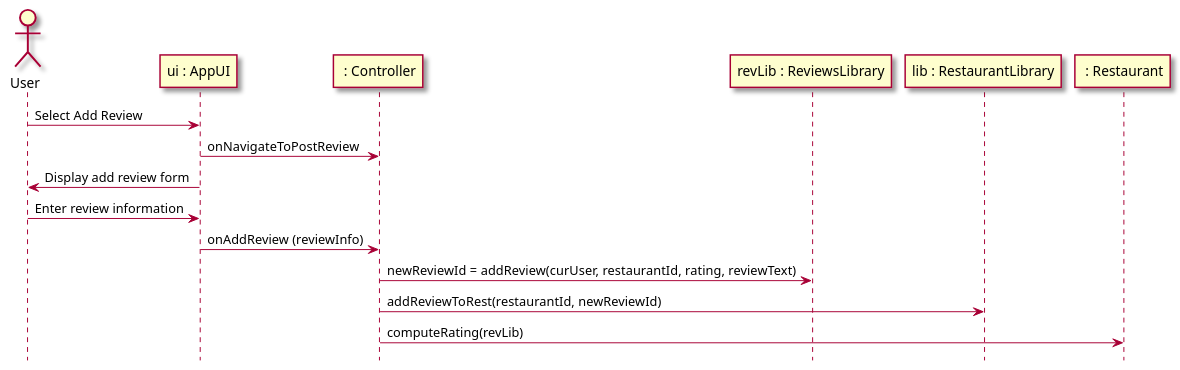
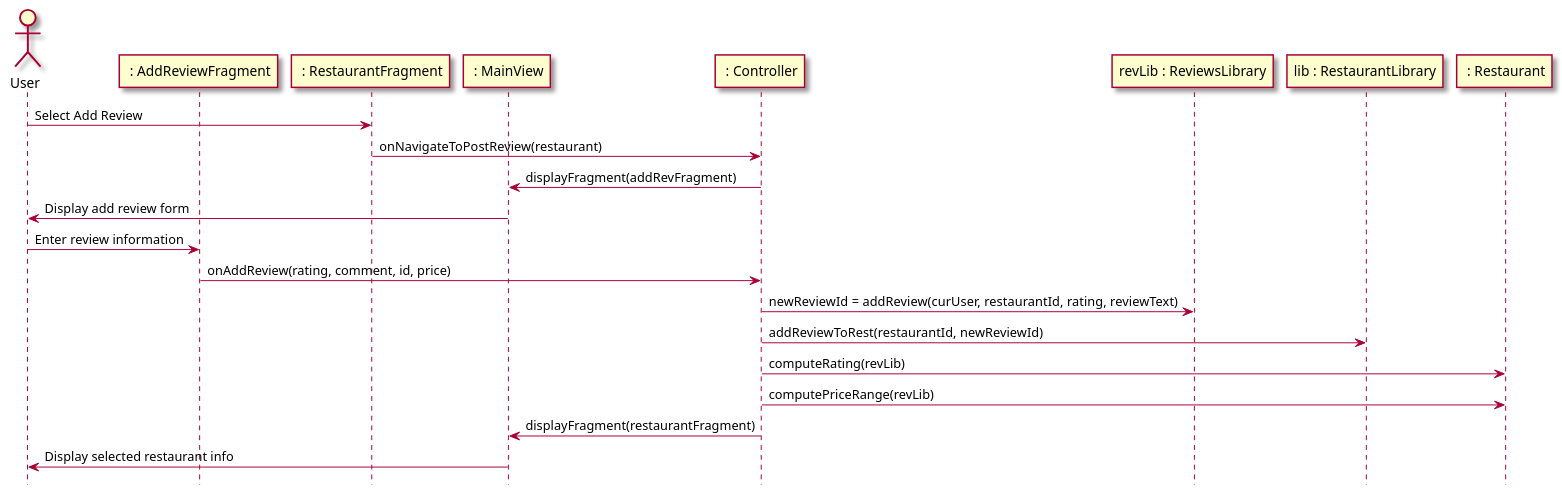
One commit to tanwasp/LunchBox-Android changed the second of 4 diagrams in intellij/doc/design.md. Above: the diagram before and after it, drawn with PlantUML. The commit also changed other lines of this file and 1 other file, not shown here.

Commit message:
Finish sequence diagrams

````diff
--- a/intellij/doc/design.md
+++ b/intellij/doc/design.md
@@ -38,23 +37,29 @@
 ```plantuml
 @startuml
 hide footbox
 skin rose
 
 actor User as user
-participant "ui : AppUI" as ui
+participant " : AddReviewFragment" as addRevFrag
+participant " : RestaurantFragment" as restFrag
+participant " : MainView" as mainView
 participant " : Controller" as controller
 participant "revLib : ReviewsLibrary" as revLib
 participant "lib : RestaurantLibrary" as lib
 participant " : Restaurant" as restaurant
 
-user -> ui : Select Add Review
-ui -> controller : onNavigateToPostReview
-ui -> user : Display add review form
-user -> ui : Enter review information
-ui -> controller :onAddReview (reviewInfo)
+user -> restFrag : Select Add Review
+restFrag -> controller : onNavigateToPostReview(restaurant)
+controller -> mainView : displayFragment(addRevFragment)
+mainView -> user : Display add review form
+user ->  addRevFrag : Enter review information
+addRevFrag -> controller : onAddReview(rating, comment, id, price)
 controller -> revLib : newReviewId = addReview(curUser, restaurantId, rating, reviewText)
 controller -> lib : addReviewToRest(restaurantId, newReviewId)
 controller -> restaurant: computeRating(revLib)
+controller -> restaurant: computePriceRange(revLib)
+controller -> mainView : displayFragment(restaurantFragment)
+mainView -> user : Display selected restaurant info
 
 @enduml
 ```
````
